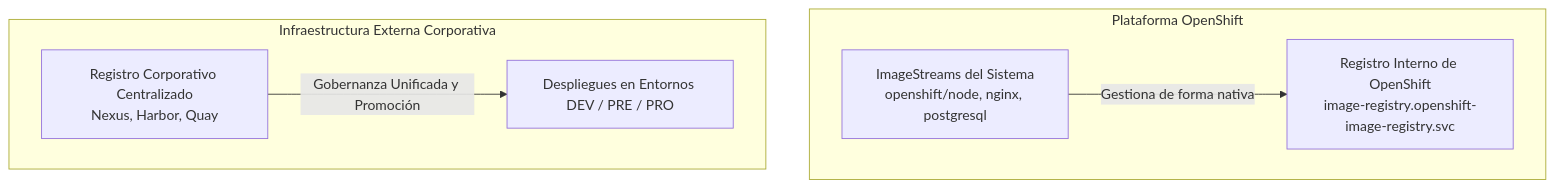
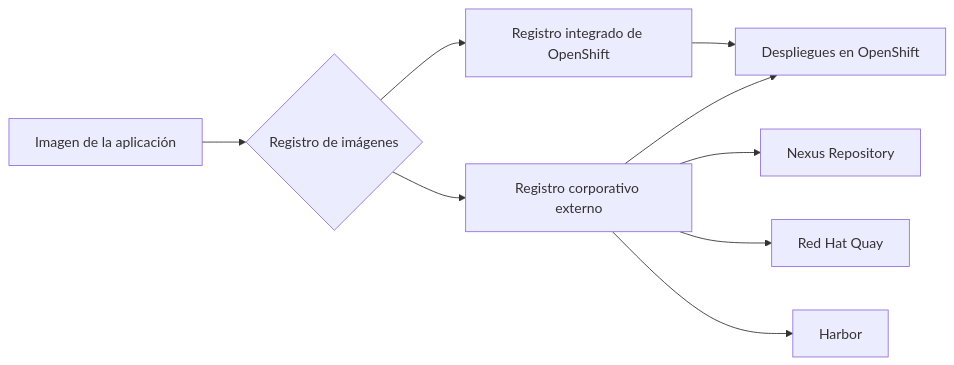
The first of 3 diagrams in docs/sesion4/4.4 Registro, gestión y seguridad de imágenes.md (ieftraining/curso-openshift), drawn with Mermaid before and after one commit. The commit also changed other lines of this file, not shown here.

````diff
--- a/docs/sesion4/4.4 Registro, gestión y seguridad de imágenes.md
+++ b/docs/sesion4/4.4 Registro, gestión y seguridad de imágenes.md
@@ -19,10 +37,11 @@
 ```mermaid
-flowchart TD
-    subgraph Plataforma OpenShift
-        A[ImageStreams del Sistema<br>openshift/node, nginx, postgresql] -->|Gestiona de forma nativa| B[Registro Interno de OpenShift<br>image-registry.openshift-image-registry.svc]
-    end
-
-    subgraph Infraestructura Externa Corporativa
-        C[Registro Corporativo Centralizado<br>Nexus, Harbor, Quay] -->|Gobernanza Unificada y Promoción| D[Despliegues en Entornos DEV / PRE / PRO]
-    end
+flowchart LR
+    A[Imagen de la aplicación] --> B{Registro de imágenes}
+    B --> C[Registro integrado de OpenShift]
+    B --> D[Registro corporativo externo]
+    D --> E[Nexus Repository]
+    D --> F[Red Hat Quay]
+    D --> G[Harbor]
+    C --> H[Despliegues en OpenShift]
+    D --> H
 ```
````
